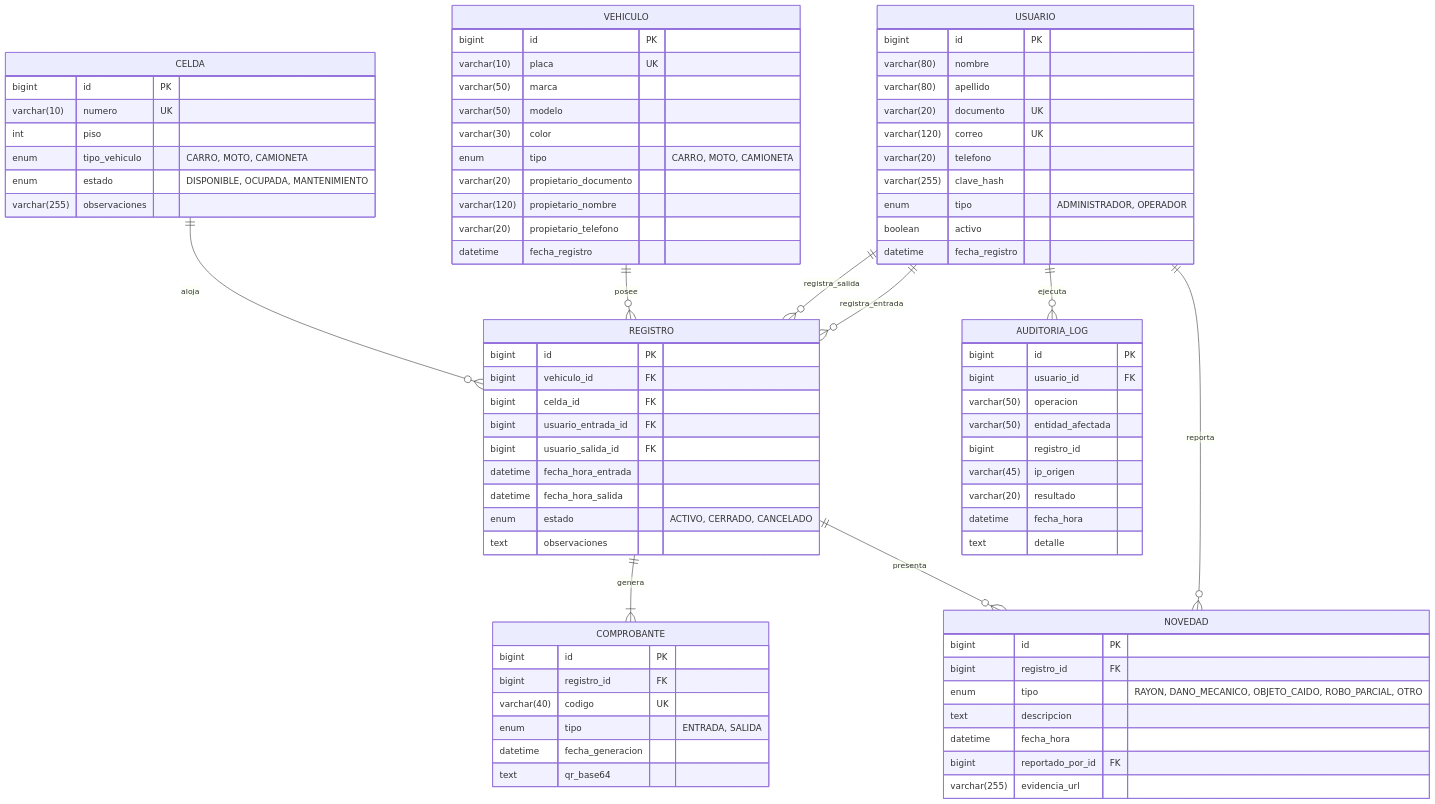
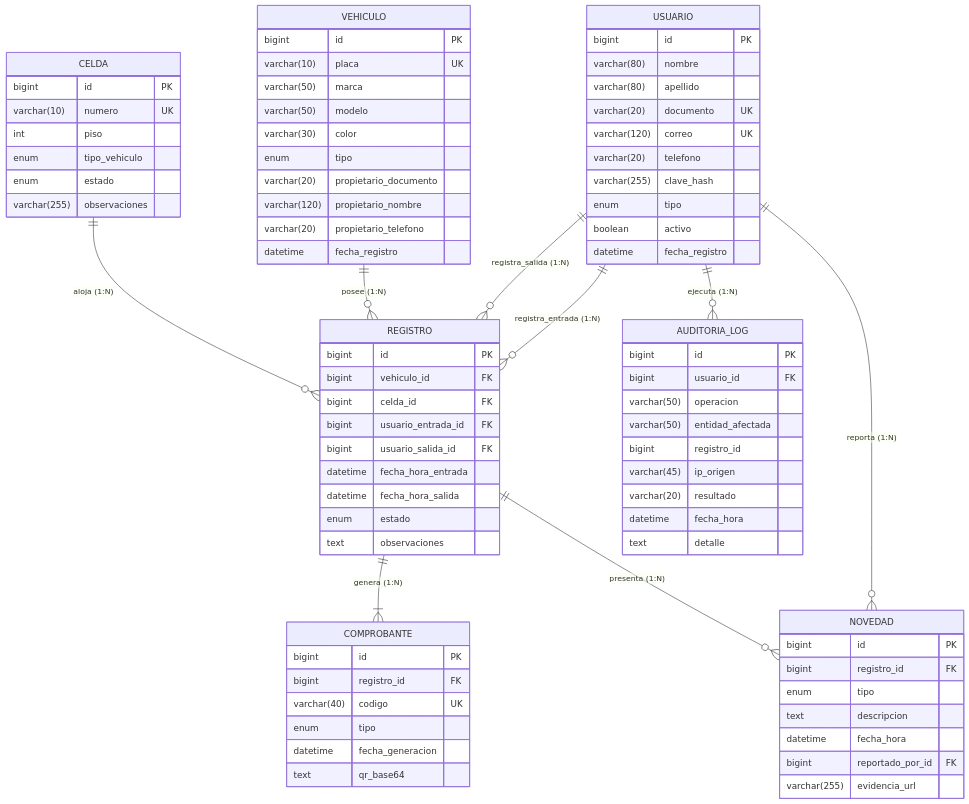
Before and after one commit to brayandurango-lgtm/Ingenieria-1-disenio-del-sistema: the diagram in docs/03_MODELO_ENTIDAD_RELACION_MER.md, drawn with Mermaid. The commit also changed other lines of this file and 4 other files, not shown here.

````diff
--- a/docs/03_MODELO_ENTIDAD_RELACION_MER.md
+++ b/docs/03_MODELO_ENTIDAD_RELACION_MER.md
@@ -40,15 +48,15 @@
 ```mermaid
 erDiagram
-    USUARIO ||--o{ REGISTRO : "registra_entrada"
-    USUARIO ||--o{ REGISTRO : "registra_salida"
-    USUARIO ||--o{ NOVEDAD : "reporta"
-    USUARIO ||--o{ AUDITORIA_LOG : "ejecuta"
+    USUARIO ||--o{ REGISTRO : "registra_entrada (1:N)"
+    USUARIO ||--o{ REGISTRO : "registra_salida (1:N)"
+    USUARIO ||--o{ NOVEDAD : "reporta (1:N)"
+    USUARIO ||--o{ AUDITORIA_LOG : "ejecuta (1:N)"
     
-    VEHICULO ||--o{ REGISTRO : "posee"
-    CELDA ||--o{ REGISTRO : "aloja"
+    VEHICULO ||--o{ REGISTRO : "posee (1:N)"
+    CELDA ||--o{ REGISTRO : "aloja (1:N)"
     
-    REGISTRO ||--|{ COMPROBANTE : "genera"
-    REGISTRO ||--o{ NOVEDAD : "presenta"
+    REGISTRO ||--|{ COMPROBANTE : "genera (1:N)"
+    REGISTRO ||--o{ NOVEDAD : "presenta (1:N)"
 
     USUARIO {
         bigint id PK
@@ -58,7 +66,7 @@
         varchar(120) correo UK
         varchar(20) telefono
         varchar(255) clave_hash
-        enum tipo "ADMINISTRADOR, OPERADOR"
+        enum tipo
         boolean activo
         datetime fecha_registro
     }
@@ -69,7 +77,7 @@
         varchar(50) marca
         varchar(50) modelo
         varchar(30) color
-        enum tipo "CARRO, MOTO, CAMIONETA"
+        enum tipo
         varchar(20) propietario_documento
         varchar(120) propietario_nombre
         varchar(20) propietario_telefono
@@ -80,8 +88,8 @@
         bigint id PK
         varchar(10) numero UK
         int piso
-        enum tipo_vehiculo "CARRO, MOTO, CAMIONETA"
-        enum estado "DISPONIBLE, OCUPADA, MANTENIMIENTO"
+        enum tipo_vehiculo
+        enum estado
         varchar(255) observaciones
     }
 
@@ -93,7 +101,7 @@
         bigint usuario_salida_id FK
         datetime fecha_hora_entrada
         datetime fecha_hora_salida
-        enum estado "ACTIVO, CERRADO, CANCELADO"
+        enum estado
         text observaciones
     }
 
@@ -101,7 +109,7 @@
         bigint id PK
         bigint registro_id FK
         varchar(40) codigo UK
-        enum tipo "ENTRADA, SALIDA"
+        enum tipo
         datetime fecha_generacion
         text qr_base64
     }
@@ -109,7 +117,7 @@
     NOVEDAD {
         bigint id PK
         bigint registro_id FK
-        enum tipo "RAYON, DANO_MECANICO, OBJETO_CAIDO, ROBO_PARCIAL, OTRO"
+        enum tipo
         text descripcion
         datetime fecha_hora
         bigint reportado_por_id FK
````
